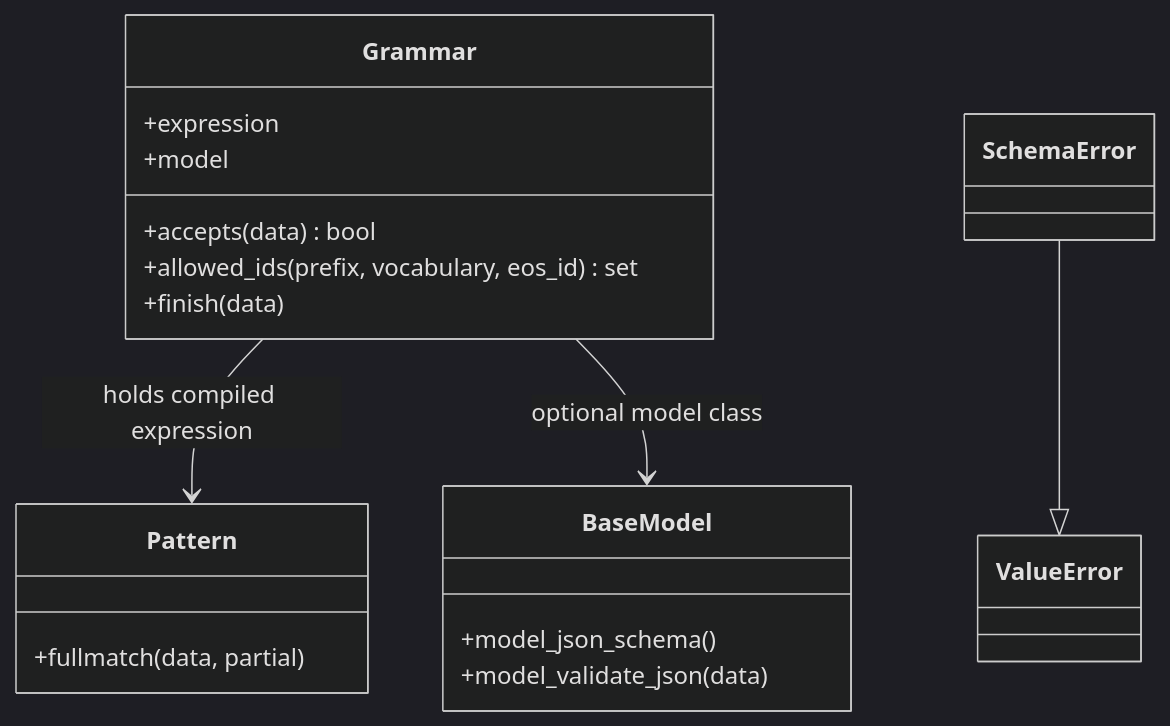
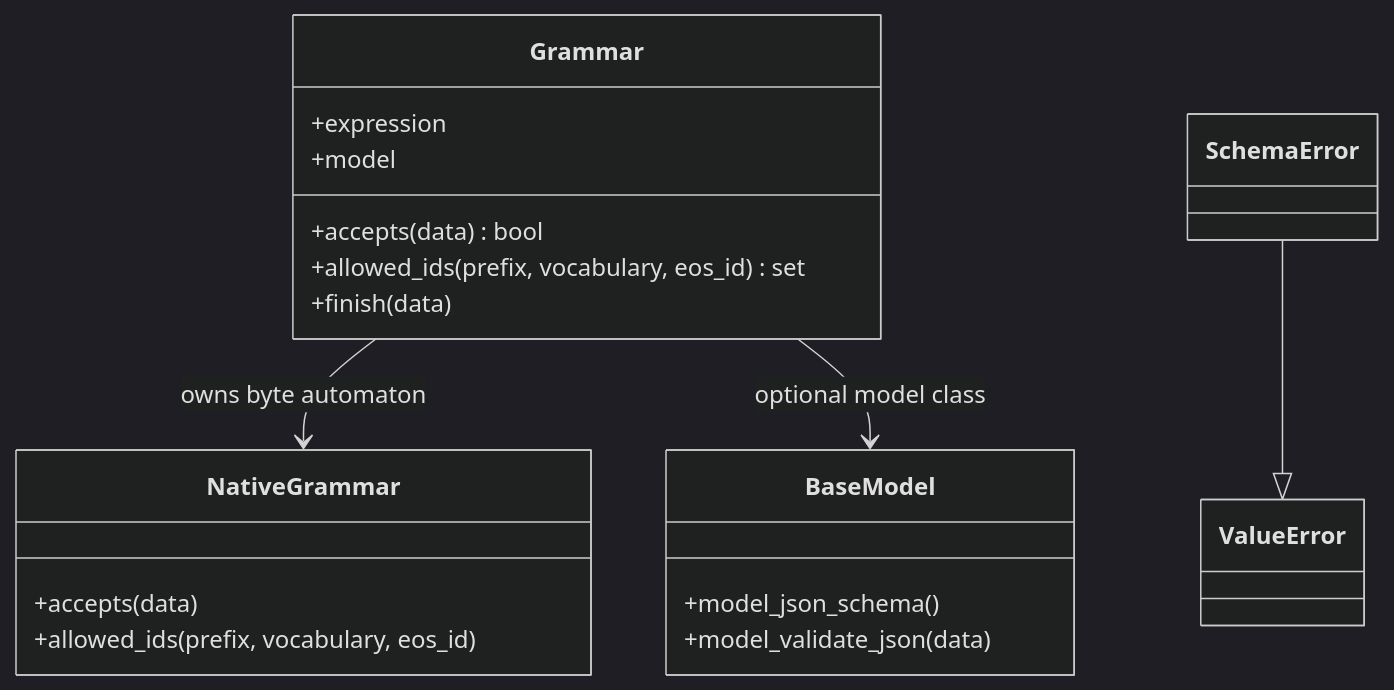
The first of 2 diagrams in docs/system-design.md (asigdel29/grammar-constrained-decoding), drawn with Mermaid (dark theme) before and after one commit. The commit also changed other lines of this file and 23 other files, not shown here.

````diff
--- a/docs/system-design.md
+++ b/docs/system-design.md
@@ -7,22 +7,23 @@
 ```mermaid
 classDiagram
     class Grammar {
         +expression
         +model
         +accepts(data) bool
         +allowed_ids(prefix, vocabulary, eos_id) set
         +finish(data)
     }
-    class Pattern {
-        +fullmatch(data, partial)
+    class NativeGrammar {
+        +accepts(data)
+        +allowed_ids(prefix, vocabulary, eos_id)
     }
     class BaseModel {
         +model_json_schema()
         +model_validate_json(data)
     }
     class SchemaError
     class ValueError
-    Grammar --> Pattern : holds compiled expression
+    Grammar --> NativeGrammar : owns byte automaton
     Grammar --> BaseModel : optional model class
     SchemaError --|> ValueError
 ```
````
